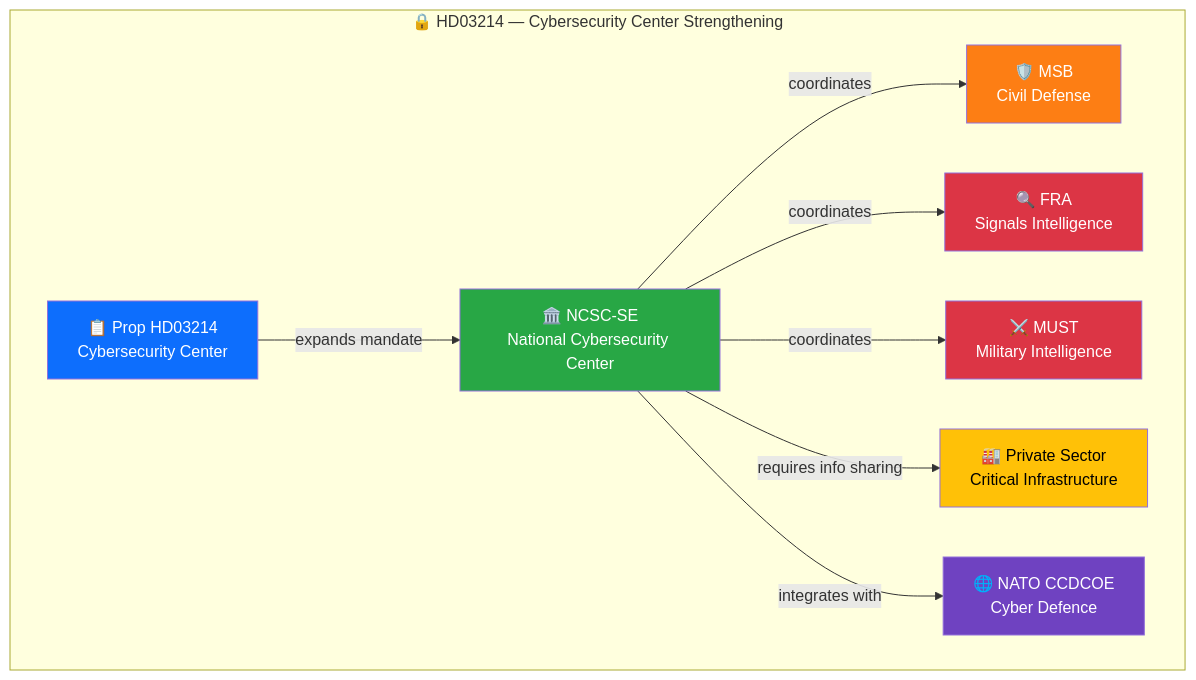
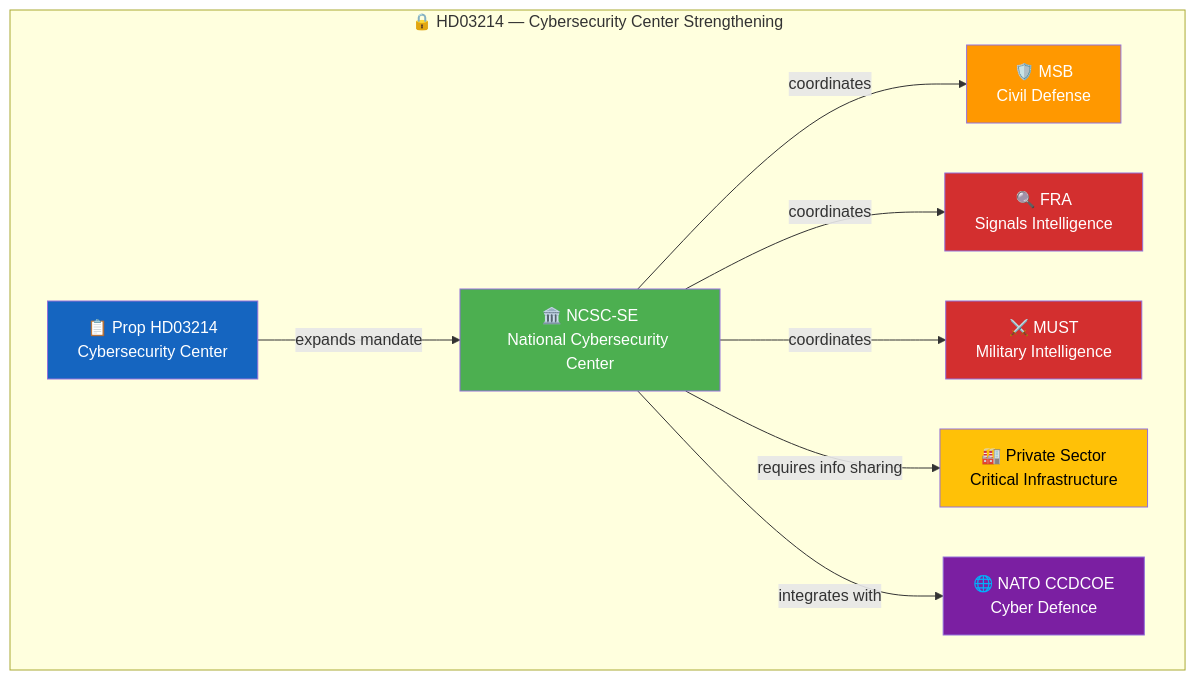
One commit to Hack23/riksdagsmonitor changed the diagram in analysis/daily/2026-04-05/realtime-1212/documents/HD03214-analysis.md. Above: the diagram before and after it, drawn with Mermaid. The commit also changed 785 other files, not shown here.

First line of the commit message:
Normalize mermaid colors across 786 analysis artifacts to ISMS Style Guide palette

````diff
--- a/analysis/daily/2026-04-05/realtime-1212/documents/HD03214-analysis.md
+++ b/analysis/daily/2026-04-05/realtime-1212/documents/HD03214-analysis.md
@@ -63,27 +63,27 @@
 ```mermaid
 graph TD
     subgraph "🔒 HD03214 — Cybersecurity Center Strengthening"
         PROP["📋 Prop HD03214<br/>Cybersecurity Center"]
         MSB["🛡️ MSB<br/>Civil Defense"]
         FRA["🔍 FRA<br/>Signals Intelligence"]
         MUST["⚔️ MUST<br/>Military Intelligence"]
         NCSC["🏛️ NCSC-SE<br/>National Cybersecurity Center"]
         PRIV["🏭 Private Sector<br/>Critical Infrastructure"]
         NATO["🌐 NATO CCDCOE<br/>Cyber Defence"]
     end
 
     PROP -->|"expands mandate"| NCSC
     NCSC -->|"coordinates"| MSB
     NCSC -->|"coordinates"| FRA
     NCSC -->|"coordinates"| MUST
     NCSC -->|"requires info sharing"| PRIV
     NCSC -->|"integrates with"| NATO
 
-    style PROP fill:#0d6efd,color:#fff
-    style NCSC fill:#28a745,color:#fff
-    style MSB fill:#fd7e14,color:#fff
-    style FRA fill:#dc3545,color:#fff
-    style MUST fill:#dc3545,color:#fff
-    style PRIV fill:#ffc107,color:#000
-    style NATO fill:#6f42c1,color:#fff
+    style PROP fill:#1565C0,color:#FFFFFF
+    style NCSC fill:#4CAF50,color:#FFFFFF
+    style MSB fill:#FF9800,color:#FFFFFF
+    style FRA fill:#D32F2F,color:#FFFFFF
+    style MUST fill:#D32F2F,color:#FFFFFF
+    style PRIV fill:#FFC107,color:#000000
+    style NATO fill:#7B1FA2,color:#FFFFFF
 ```
````
